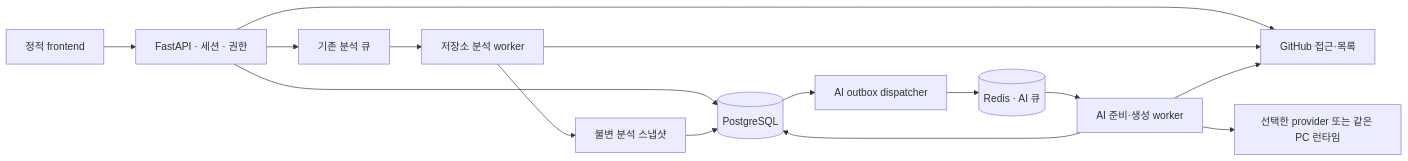
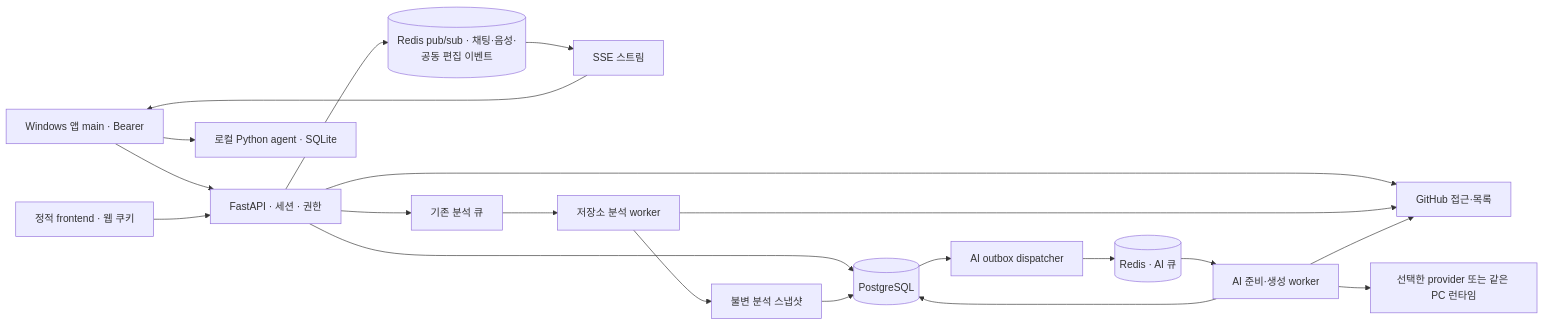
Before and after one commit to 2k-c-a/gitviz: the diagram in docs/architecture/system.md, drawn with Mermaid. The commit also changed other lines of this file and 5 other files, not shown here.

````diff
--- a/docs/architecture/system.md
+++ b/docs/architecture/system.md
@@ -7,17 +7,22 @@
 ```mermaid
 flowchart LR
-  UI[정적 frontend] --> API[FastAPI · 세션 · 권한]
+  APP[Windows 앱 main · Bearer] --> API
+  APP --> AG[로컬 Python agent · SQLite]
+  UI[정적 frontend · 웹 쿠키] --> API[FastAPI · 세션 · 권한]
+  API --> CB[(Redis pub/sub · 채팅·음성·공동 편집 이벤트)]
+  CB --> SSE[SSE 스트림]
+  SSE --> APP
   API --> DB[(PostgreSQL)]
   API --> GH[GitHub 접근·목록]
   API --> AQ[기존 분석 큐]
   AQ --> AW[저장소 분석 worker]
   AW --> GH
   AW --> SNAP[불변 분석 스냅샷]
   SNAP --> DB
   DB --> D[AI outbox dispatcher]
   D --> R[(Redis · AI 큐)]
   R --> W[AI 준비·생성 worker]
   W --> GH
   W --> P[선택한 provider 또는 같은 PC 런타임]
   W --> DB
 ```
````
